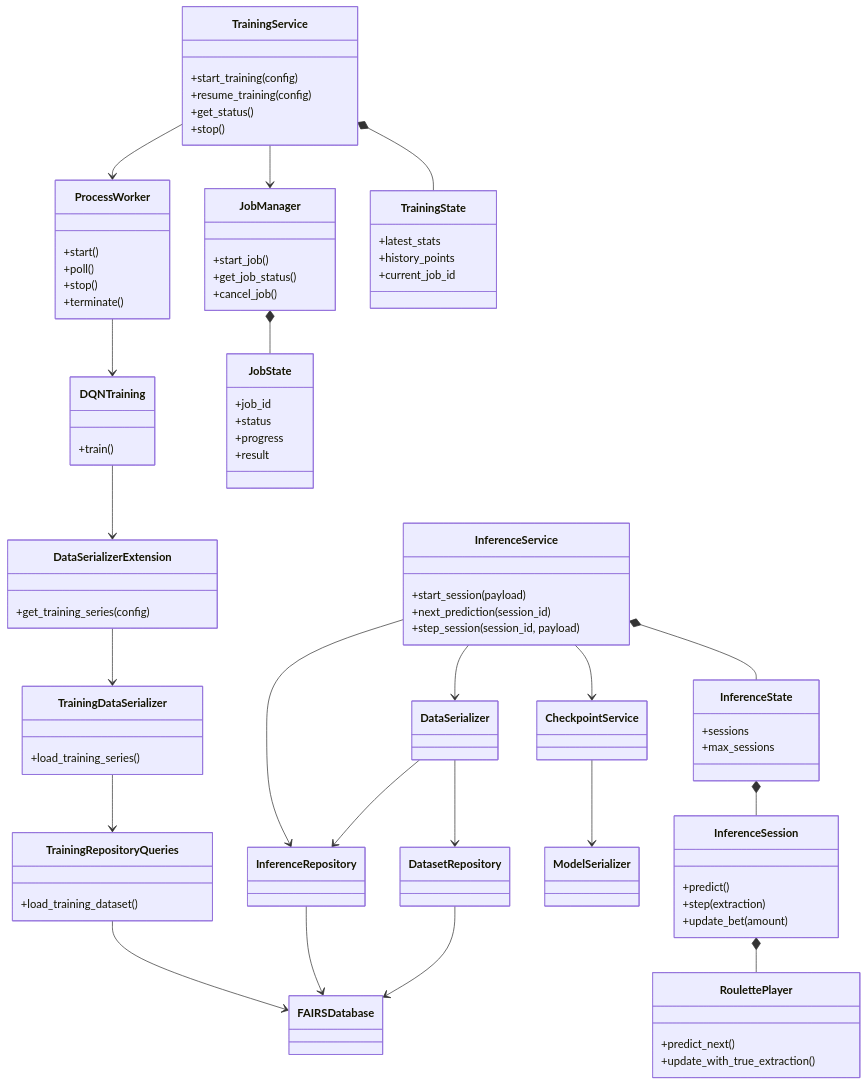
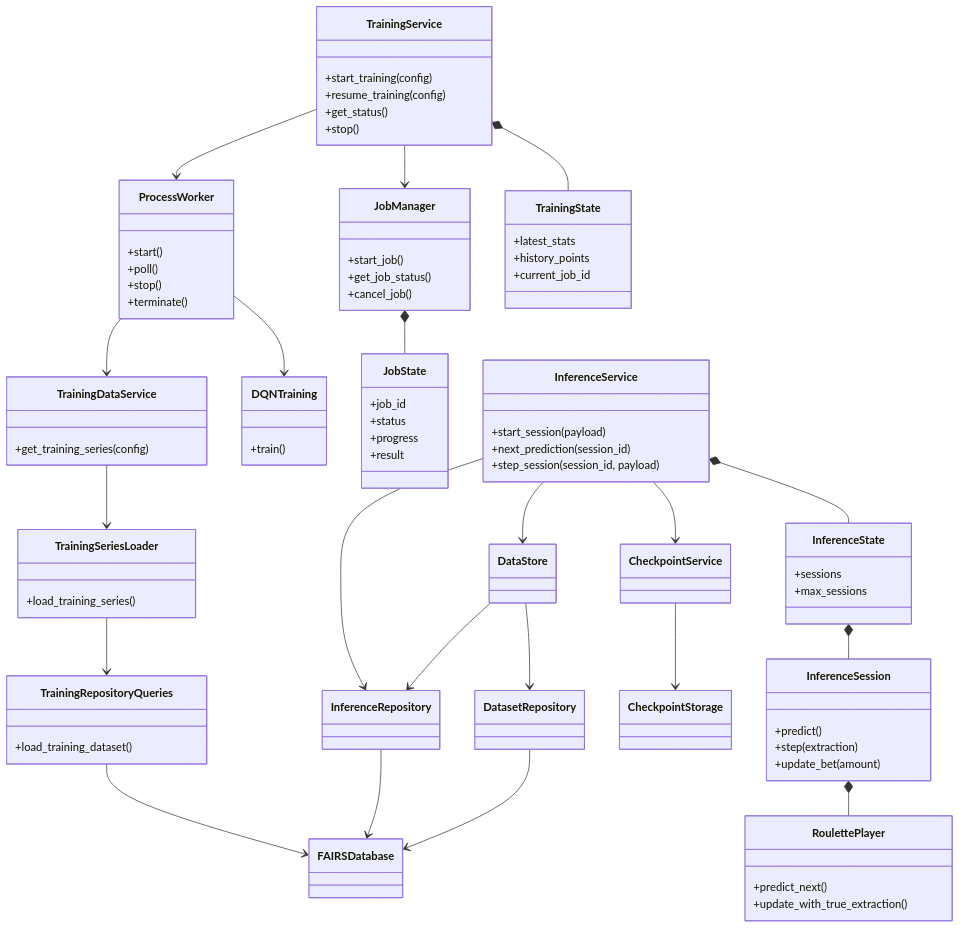
One commit to CTCycle/FAIRS-Roulette-Player changed the fifth of 5 diagrams in assets/docs/architecture/execution_and_data_flow.md. Above: the diagram before and after it, drawn with Mermaid. The commit also changed other lines of this file and 50 other files, not shown here.

Commit message:
refactor: remediate architecture findings

````diff
--- a/assets/docs/architecture/execution_and_data_flow.md
+++ b/assets/docs/architecture/execution_and_data_flow.md
@@ -224,10 +225,10 @@
     class DQNTraining {
         +train()
     }
-    class DataSerializerExtension {
+    class TrainingDataService {
         +get_training_series(config)
     }
-    class TrainingDataSerializer {
+    class TrainingSeriesLoader {
         +load_training_series()
     }
     class TrainingRepositoryQueries {
@@ -252,8 +253,8 @@
         +update_with_true_extraction()
     }
     class CheckpointService
-    class ModelSerializer
-    class DataSerializer
+    class CheckpointStorage
+    class DataStore
     class DatasetRepository
     class InferenceRepository
     class FAIRSDatabase
@@ -263,19 +264,19 @@
     TrainingService --> ProcessWorker
     JobManager *-- JobState
     ProcessWorker --> DQNTraining
-    DQNTraining --> DataSerializerExtension
-    DataSerializerExtension --> TrainingDataSerializer
-    TrainingDataSerializer --> TrainingRepositoryQueries
+    ProcessWorker --> TrainingDataService
+    TrainingDataService --> TrainingSeriesLoader
+    TrainingSeriesLoader --> TrainingRepositoryQueries
     TrainingRepositoryQueries --> FAIRSDatabase
     InferenceService *-- InferenceState
     InferenceState *-- InferenceSession
     InferenceSession *-- RoulettePlayer
     InferenceService --> CheckpointService
-    InferenceService --> DataSerializer
+    InferenceService --> DataStore
     InferenceService --> InferenceRepository
-    CheckpointService --> ModelSerializer
-    DataSerializer --> DatasetRepository
-    DataSerializer --> InferenceRepository
+    CheckpointService --> CheckpointStorage
+    DataStore --> DatasetRepository
+    DataStore --> InferenceRepository
     DatasetRepository --> FAIRSDatabase
     InferenceRepository --> FAIRSDatabase
 ```
````
